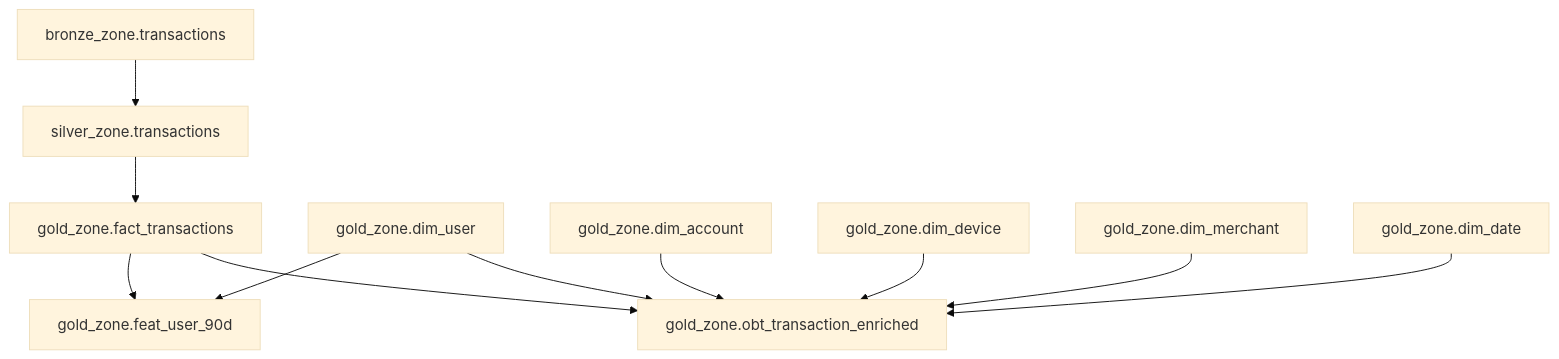
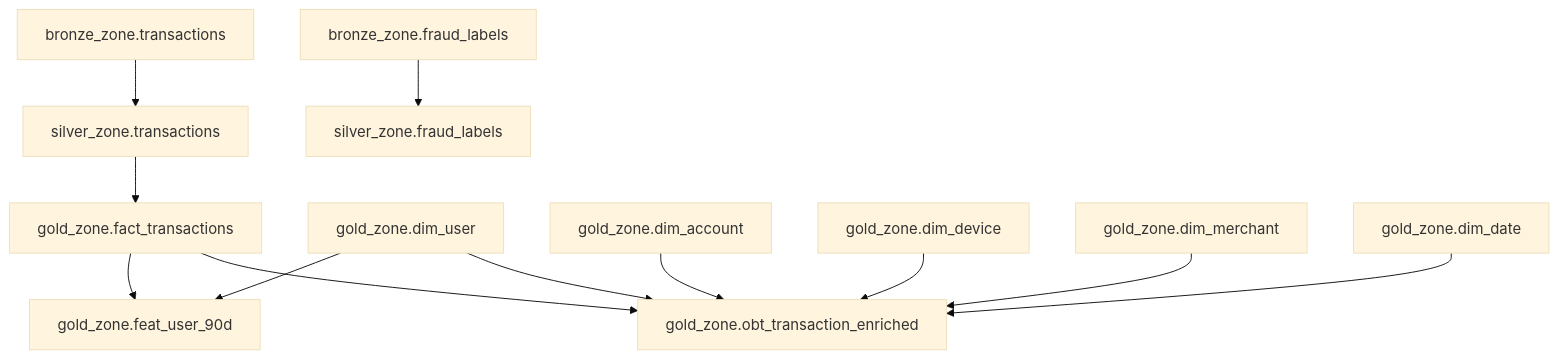
One commit to HuyyGiaa/ewallet-data-ai-platform changed the second of 2 diagrams in docs/08_datahub_lineage.md. Above: the diagram before and after it, drawn with Mermaid (base theme). The commit also changed other lines of this file and 10 other files, not shown here.

````diff
--- a/docs/08_datahub_lineage.md
+++ b/docs/08_datahub_lineage.md
@@ -122,13 +117,14 @@
 ```mermaid
 flowchart TD
     B["bronze_zone.transactions"] --> S["silver_zone.transactions"]
     S --> F["gold_zone.fact_transactions"]
     F --> O["gold_zone.obt_transaction_enriched"]
     DU["gold_zone.dim_user"] --> O
     DA["gold_zone.dim_account"] --> O
     DD["gold_zone.dim_device"] --> O
     DM["gold_zone.dim_merchant"] --> O
     DT["gold_zone.dim_date"] --> O
     F --> FEAT["gold_zone.feat_user_90d"]
     DU --> FEAT
+    BF["bronze_zone.fraud_labels"] --> SF["silver_zone.fraud_labels"]
 ```
````
